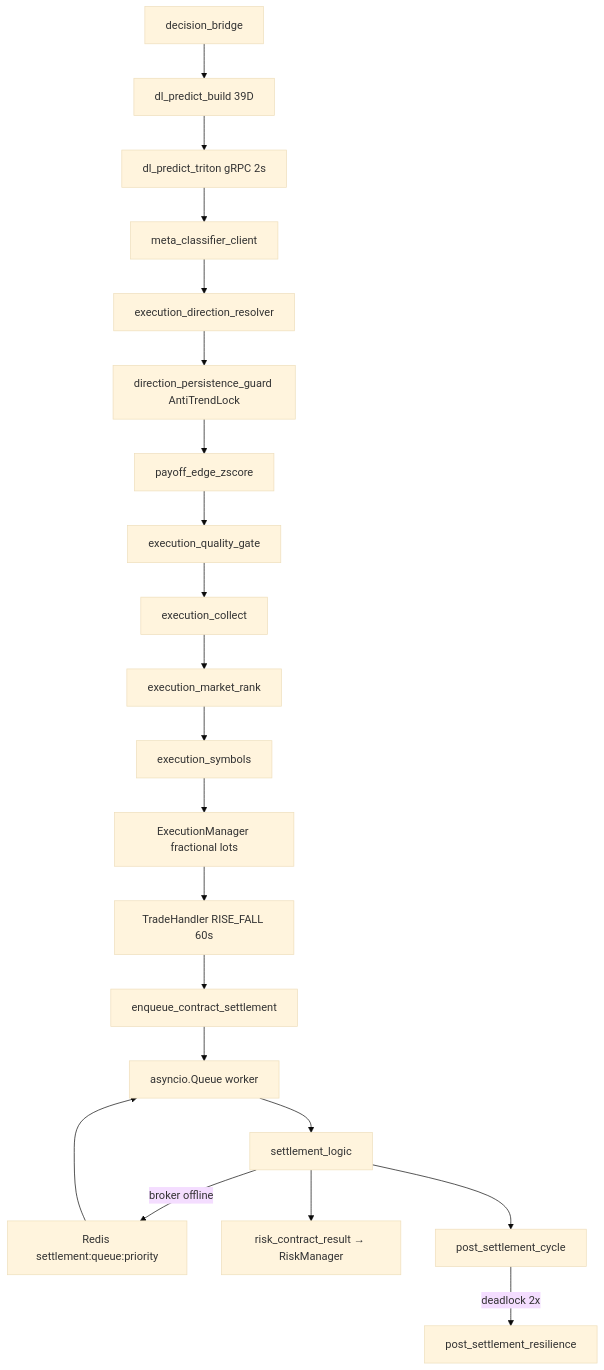
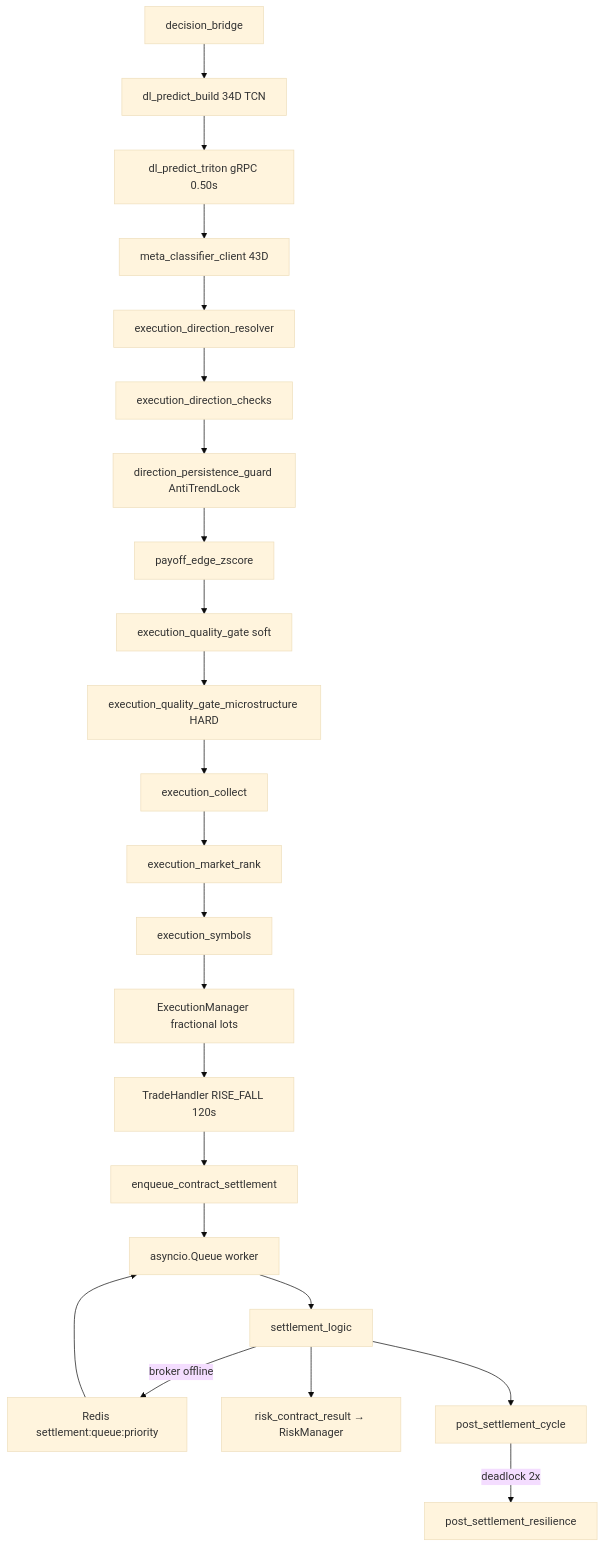
Before and after one commit to victorh-silveira/aether-quantum-engine: the diagram in docs/structure.md, drawn with Mermaid (base theme). The commit also changed other lines of this file and 9 other files, not shown here.

````diff
--- a/docs/structure.md
+++ b/docs/structure.md
@@ -423,23 +431,25 @@
 ```mermaid
 flowchart TD
-  BR[decision_bridge] --> BUNDLE[dl_predict_build 39D]
-  BUNDLE --> PRED[dl_predict_triton gRPC 2s]
-  PRED --> META[meta_classifier_client]
+  BR[decision_bridge] --> BUNDLE[dl_predict_build 34D TCN]
+  BUNDLE --> PRED[dl_predict_triton gRPC 0.50s]
+  PRED --> META[meta_classifier_client 43D]
   META --> RES[execution_direction_resolver]
-  RES --> DG[direction_persistence_guard AntiTrendLock]
+  RES --> CHK[execution_direction_checks]
+  CHK --> DG[direction_persistence_guard AntiTrendLock]
   DG --> ZS[payoff_edge_zscore]
-  ZS --> QG[execution_quality_gate]
-  QG --> COL[execution_collect]
+  ZS --> QG[execution_quality_gate soft]
+  QG --> MICRO[execution_quality_gate_microstructure HARD]
+  MICRO --> COL[execution_collect]
   COL --> RANK[execution_market_rank]
   RANK --> SYM[execution_symbols]
   SYM --> EM[ExecutionManager fractional lots]
-  EM --> TH[TradeHandler RISE_FALL 60s]
+  EM --> TH[TradeHandler RISE_FALL 120s]
   TH --> ENQ[enqueue_contract_settlement]
   ENQ --> WQ[asyncio.Queue worker]
   WQ --> ST[settlement_logic]
   ST -->|broker offline| RQ[Redis settlement:queue:priority]
   RQ --> WQ
   ST --> RM[risk_contract_result → RiskManager]
   ST --> PSC[post_settlement_cycle]
   PSC -->|deadlock 2x| REC[post_settlement_resilience]
 ```
````
